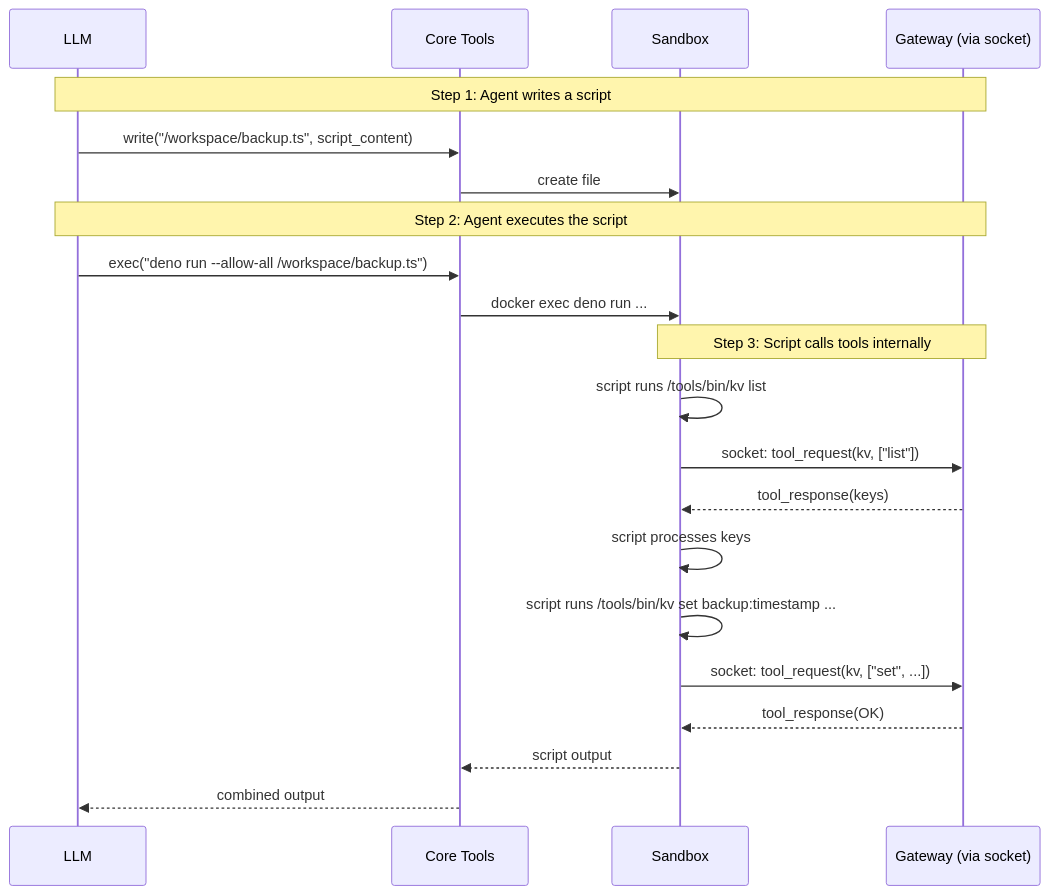
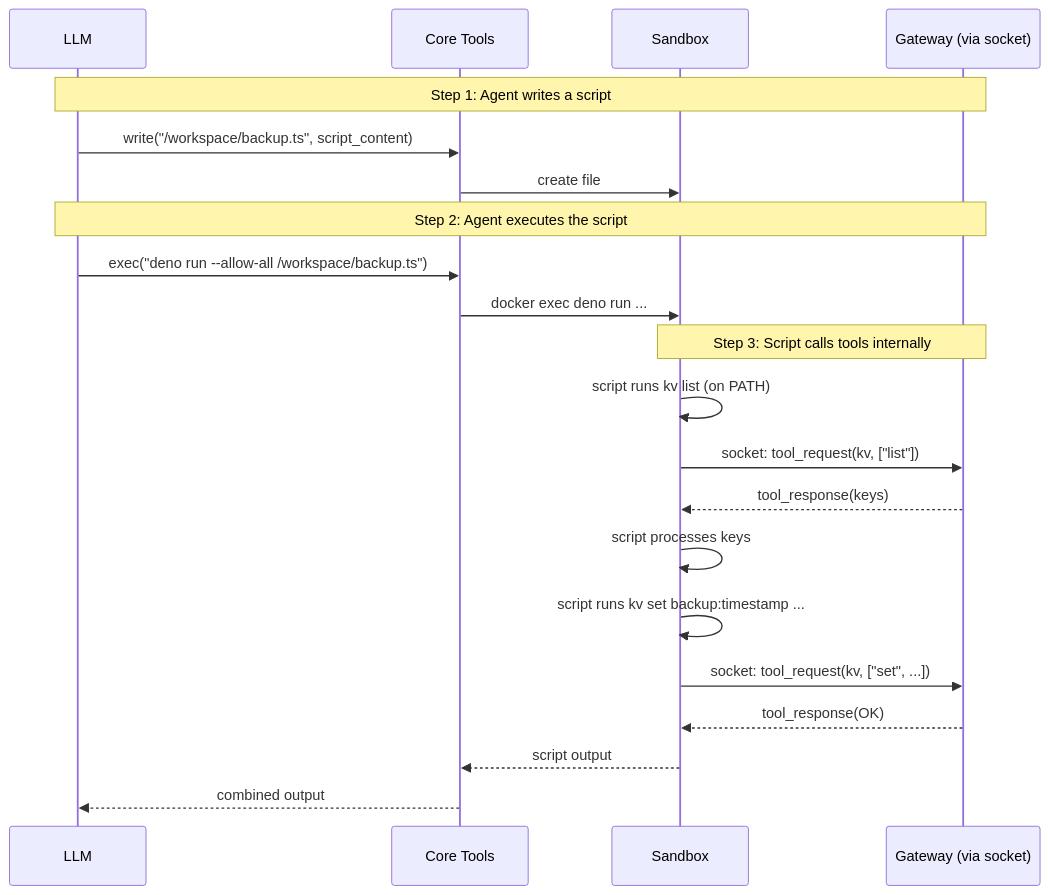
One commit to matthias-hausberger/beige changed the sixth of 11 diagrams in docs/gateway/request-flows.mdx. Above: the diagram before and after it, drawn with Mermaid. The commit also changed other lines of this file and 63 other files, not shown here.

First line of the commit message:
refactor!: plugin architecture

````diff
--- a/docs/gateway/request-flows.mdx
+++ b/docs/gateway/request-flows.mdx
@@ -173,29 +173,29 @@
 ```mermaid
 sequenceDiagram
     participant LLM as LLM
     participant CT as Core Tools
     participant SB as Sandbox
     participant GW as Gateway (via socket)
 
     Note over LLM,GW: Step 1: Agent writes a script
 
     LLM->>CT: write("/workspace/backup.ts", script_content)
     CT->>SB: create file
 
     Note over LLM,GW: Step 2: Agent executes the script
 
     LLM->>CT: exec("deno run --allow-all /workspace/backup.ts")
     CT->>SB: docker exec deno run ...
 
     Note over SB,GW: Step 3: Script calls tools internally
 
-    SB->>SB: script runs /tools/bin/kv list
+    SB->>SB: script runs kv list (on PATH)
     SB->>GW: socket: tool_request(kv, ["list"])
     GW-->>SB: tool_response(keys)
     SB->>SB: script processes keys
-    SB->>SB: script runs /tools/bin/kv set backup:timestamp ...
+    SB->>SB: script runs kv set backup:timestamp ...
     SB->>GW: socket: tool_request(kv, ["set", ...])
     GW-->>SB: tool_response(OK)
     SB-->>CT: script output
     CT-->>LLM: combined output
 ```
````
